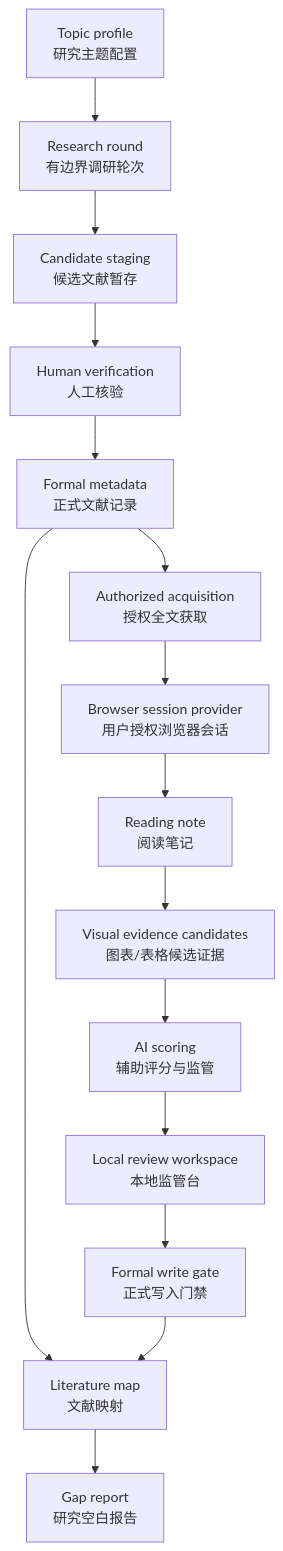
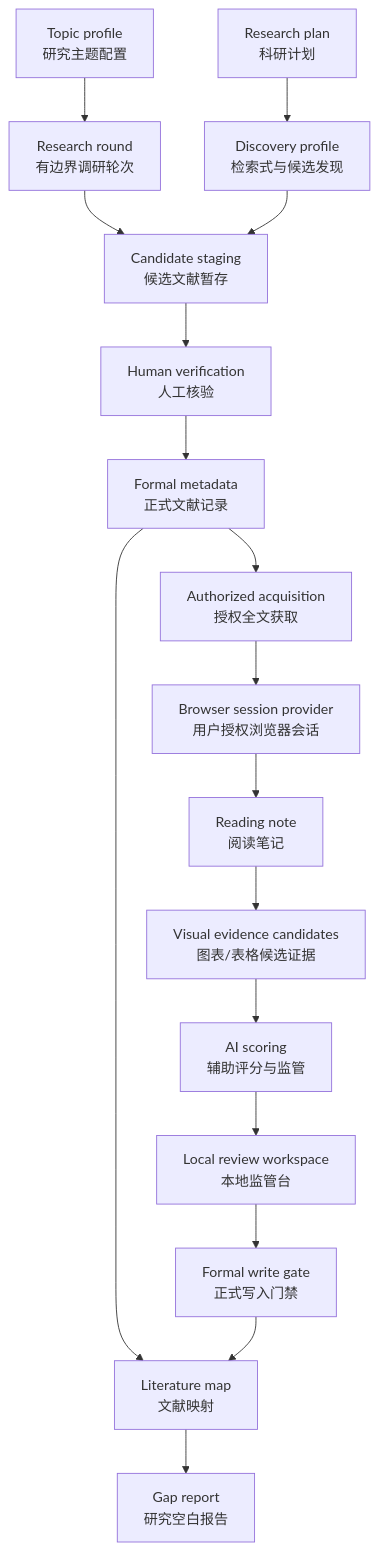
The diagram in README.md (sakur0zxy/RSA), drawn with Mermaid before and after one commit. The commit also changed other lines of this file and 58 other files, not shown here.

````diff
--- a/README.md
+++ b/README.md
@@ -53,17 +56,19 @@
 ```mermaid
 flowchart TD
   A["Topic profile<br/>研究主题配置"] --> B["Research round<br/>有边界调研轮次"]
   B --> C["Candidate staging<br/>候选文献暂存"]
   C --> D["Human verification<br/>人工核验"]
   D --> E["Formal metadata<br/>正式文献记录"]
   E --> F["Authorized acquisition<br/>授权全文获取"]
   F --> F2["Browser session provider<br/>用户授权浏览器会话"]
+  P["Research plan<br/>科研计划"] --> D0["Discovery profile<br/>检索式与候选发现"]
+  D0 --> C
   F2 --> G["Reading note<br/>阅读笔记"]
   G --> V["Visual evidence candidates<br/>图表/表格候选证据"]
   V --> S["AI scoring<br/>辅助评分与监管"]
   S --> W["Local review workspace<br/>本地监管台"]
   E --> H["Literature map<br/>文献映射"]
   W --> I["Formal write gate<br/>正式写入门禁"]
   H --> J["Gap report<br/>研究空白报告"]
   I --> H
 ```
````
